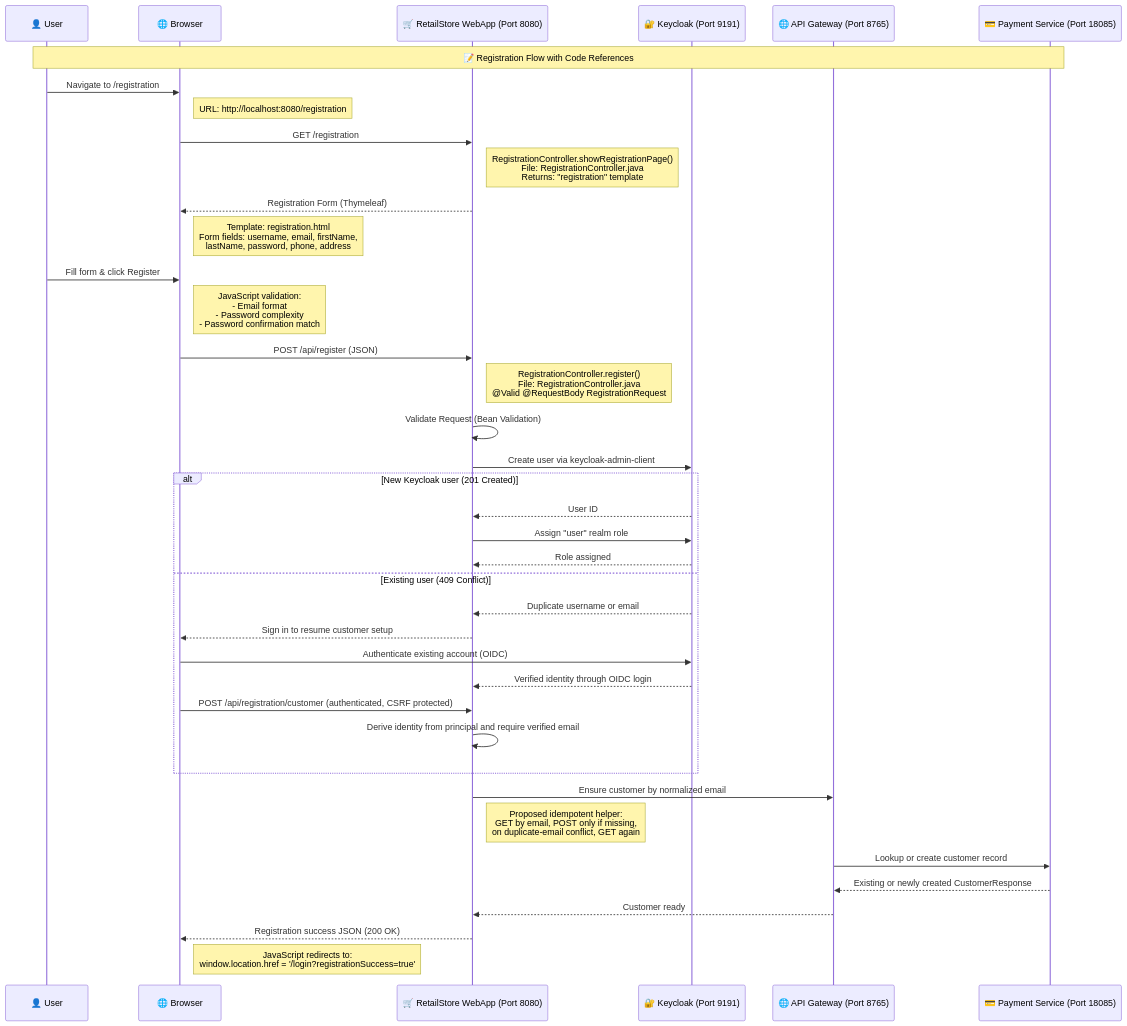
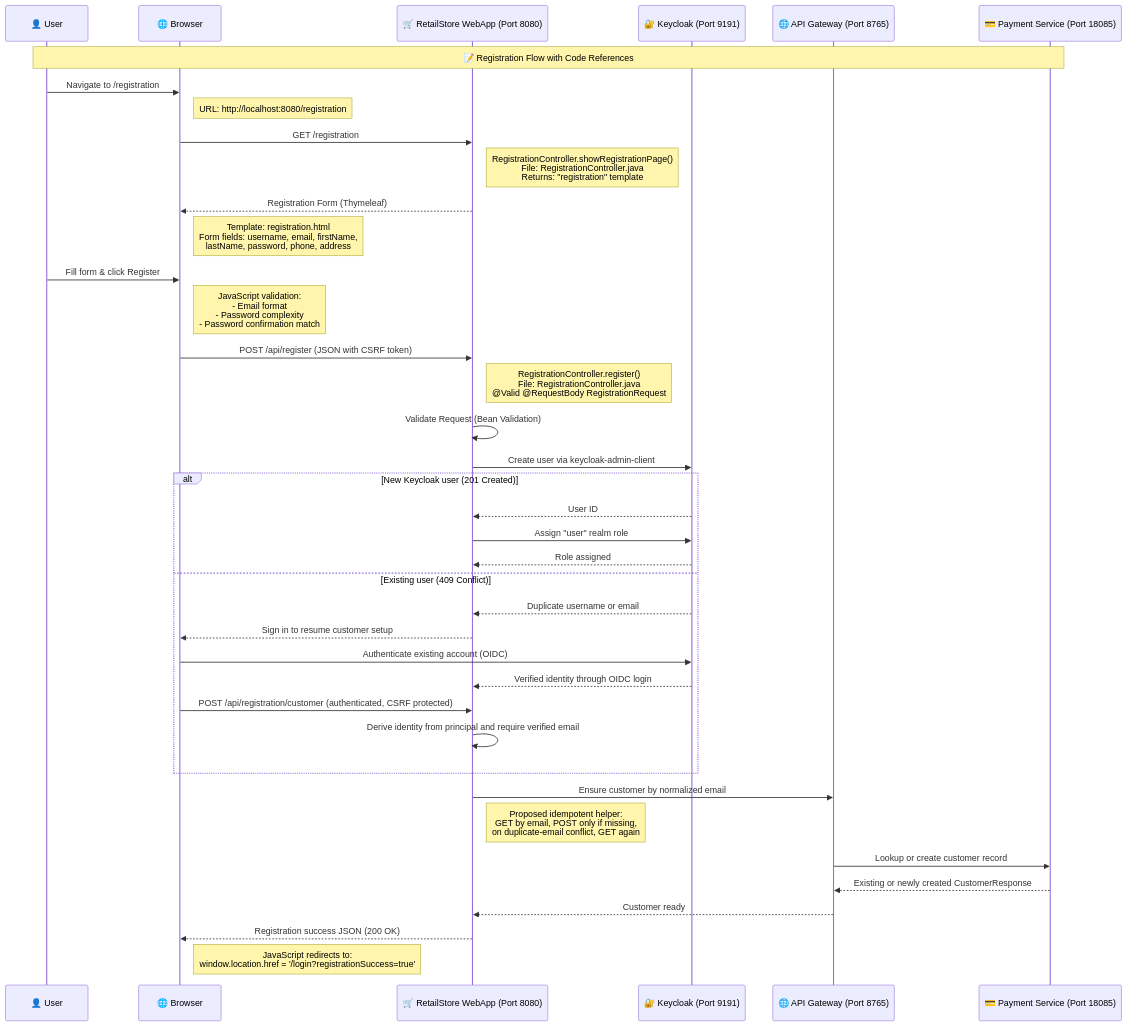
The first of 5 diagrams in retail-store-webapp/RetailStore-Authentication-Deep-Dive.md (rajadilipkolli/spring-boot-microservices-series-v2), drawn with Mermaid before and after one commit. The commit also changed other lines of this file and 115 other files, not shown here.

````diff
--- a/retail-store-webapp/RetailStore-Authentication-Deep-Dive.md
+++ b/retail-store-webapp/RetailStore-Authentication-Deep-Dive.md
@@ -29,51 +29,51 @@
 ```mermaid
 sequenceDiagram
     participant User as 👤 User
     participant Browser as 🌐 Browser
     participant WebApp as 🛒 RetailStore WebApp (Port 8080)
     participant KC as 🔐 Keycloak (Port 9191)
     participant Gateway as 🌐 API Gateway (Port 8765)
     participant Payment as 💳 Payment Service (Port 18085)
 
     Note over User, Payment: 📝 Registration Flow with Code References
 
     User->>Browser: Navigate to /registration
     Note right of Browser: URL: http://localhost:8080/registration
     
     Browser->>WebApp: GET /registration
     Note right of WebApp: RegistrationController.showRegistrationPage()<br/>File: RegistrationController.java<br/>Returns: "registration" template
     
     WebApp-->>Browser: Registration Form (Thymeleaf)
     Note right of Browser: Template: registration.html<br/>Form fields: username, email, firstName,<br/>lastName, password, phone, address
     
     User->>Browser: Fill form & click Register
     Note right of Browser: JavaScript validation:<br/>- Email format<br/>- Password complexity<br/>- Password confirmation match
     
-    Browser->>WebApp: POST /api/register (JSON)
+    Browser->>WebApp: POST /api/register (JSON with CSRF token)
     Note right of WebApp: RegistrationController.register()<br/>File: RegistrationController.java<br/>@Valid @RequestBody RegistrationRequest
     
     WebApp->>WebApp: Validate Request (Bean Validation)
     
     WebApp->>KC: Create user via keycloak-admin-client
     alt New Keycloak user (201 Created)
         KC-->>WebApp: User ID
         WebApp->>KC: Assign "user" realm role
         KC-->>WebApp: Role assigned
     else Existing user (409 Conflict)
         KC-->>WebApp: Duplicate username or email
         WebApp-->>Browser: Sign in to resume customer setup
         Browser->>KC: Authenticate existing account (OIDC)
         KC-->>WebApp: Verified identity through OIDC login
         Browser->>WebApp: POST /api/registration/customer (authenticated, CSRF protected)
         WebApp->>WebApp: Derive identity from principal and require verified email
     end
 
     WebApp->>Gateway: Ensure customer by normalized email
     Note right of WebApp: Proposed idempotent helper:<br/>GET by email, POST only if missing,<br/>on duplicate-email conflict, GET again
     Gateway->>Payment: Lookup or create customer record
     Payment-->>Gateway: Existing or newly created CustomerResponse
     Gateway-->>WebApp: Customer ready
 
     WebApp-->>Browser: Registration success JSON (200 OK)
     Note right of Browser: JavaScript redirects to:<br/>window.location.href = '/login?registrationSuccess=true'
 ```
````
